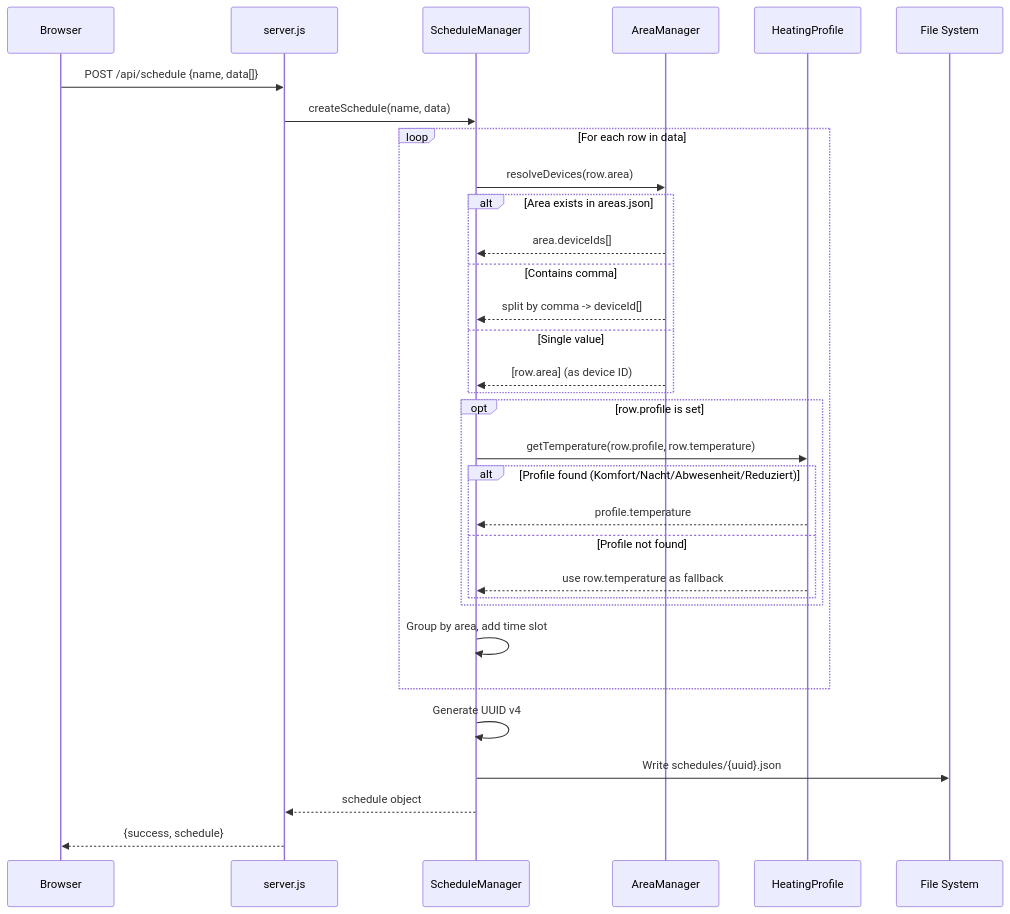
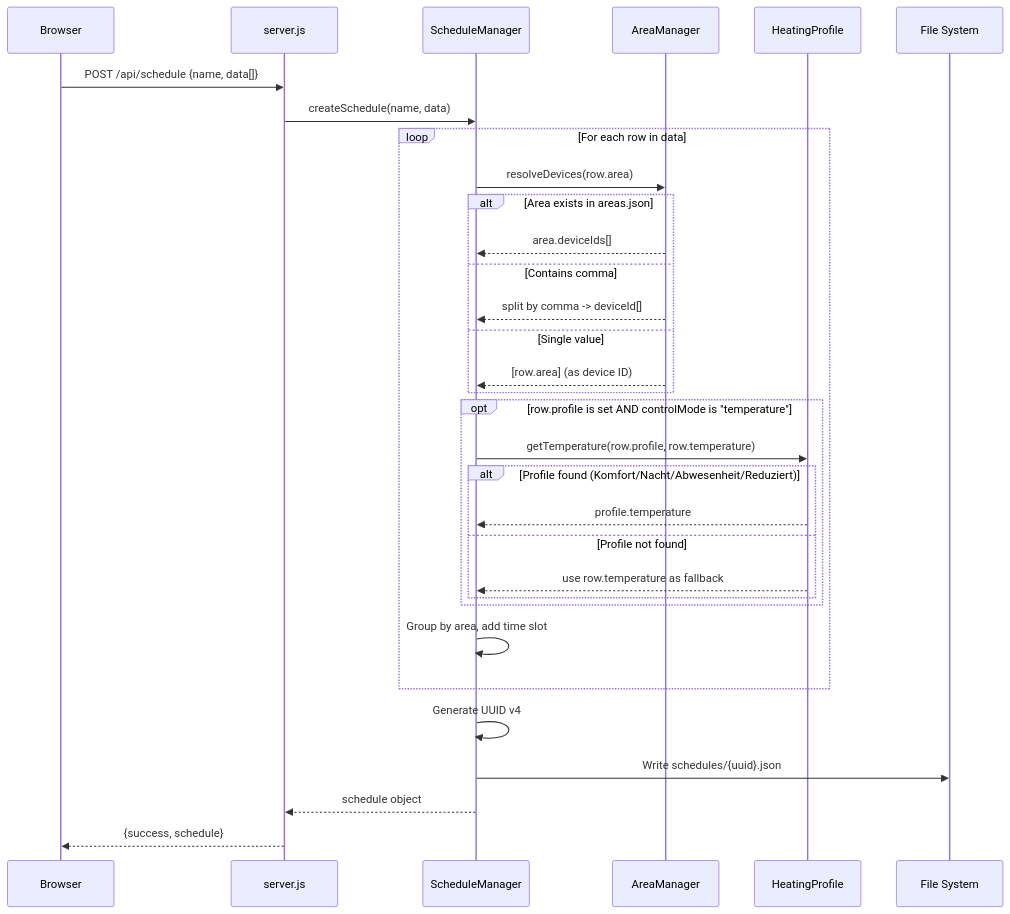
One commit to rore78/homematicHeatingWithNumbersFile changed the fourth of 10 diagrams in docs/data-flow.md. Above: the diagram before and after it, drawn with Mermaid. The commit also changed other lines of this file and 72 other files, not shown here.

````diff
--- a/docs/data-flow.md
+++ b/docs/data-flow.md
@@ -93,39 +116,39 @@
 ```mermaid
 sequenceDiagram
     participant User as Browser
     participant Server as server.js
     participant SM as ScheduleManager
     participant AM as AreaManager
     participant HP as HeatingProfile
     participant FS as File System
 
     User->>Server: POST /api/schedule {name, data[]}
     Server->>SM: createSchedule(name, data)
 
     loop For each row in data
         SM->>AM: resolveDevices(row.area)
         alt Area exists in areas.json
             AM-->>SM: area.deviceIds[]
         else Contains comma
             AM-->>SM: split by comma -> deviceId[]
         else Single value
             AM-->>SM: [row.area] (as device ID)
         end
 
-        opt row.profile is set
+        opt row.profile is set AND controlMode is "temperature"
             SM->>HP: getTemperature(row.profile, row.temperature)
             alt Profile found (Komfort/Nacht/Abwesenheit/Reduziert)
                 HP-->>SM: profile.temperature
             else Profile not found
                 HP-->>SM: use row.temperature as fallback
             end
         end
 
         SM->>SM: Group by area, add time slot
     end
 
     SM->>SM: Generate UUID v4
     SM->>FS: Write schedules/{uuid}.json
     SM-->>Server: schedule object
     Server-->>User: {success, schedule}
 ```
````
